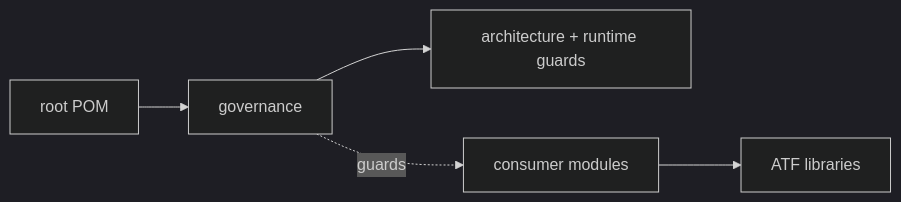
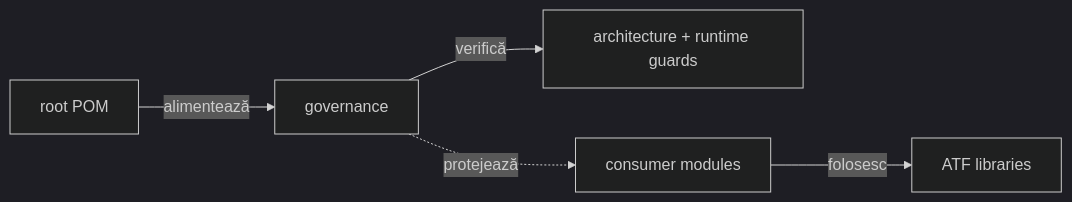
The diagram in atf-tests/README.md (crististefanita/demo2), drawn with Mermaid (dark theme) before and after one commit. The commit also changed other lines of this file and 102 other files, not shown here.

Commit message:
Expand Java ATF reporting and governance coverage

````diff
--- a/atf-tests/README.md
+++ b/atf-tests/README.md
@@ -13,7 +14,7 @@
 ```mermaid
 flowchart LR
-    Root["root POM"] --> Governance["governance"]
-    Governance --> Checks["architecture + runtime guards"]
-    Governance -. guards .-> Consumers["consumer modules"]
-    Consumers --> Libraries["ATF libraries"]
+    Root["root POM"] -->|alimentează| Governance["governance"]
+    Governance -->|verifică| Checks["architecture + runtime guards"]
+    Governance -.->|protejează| Consumers["consumer modules"]
+    Consumers -->|folosesc| Libraries["ATF libraries"]
 ```
````
